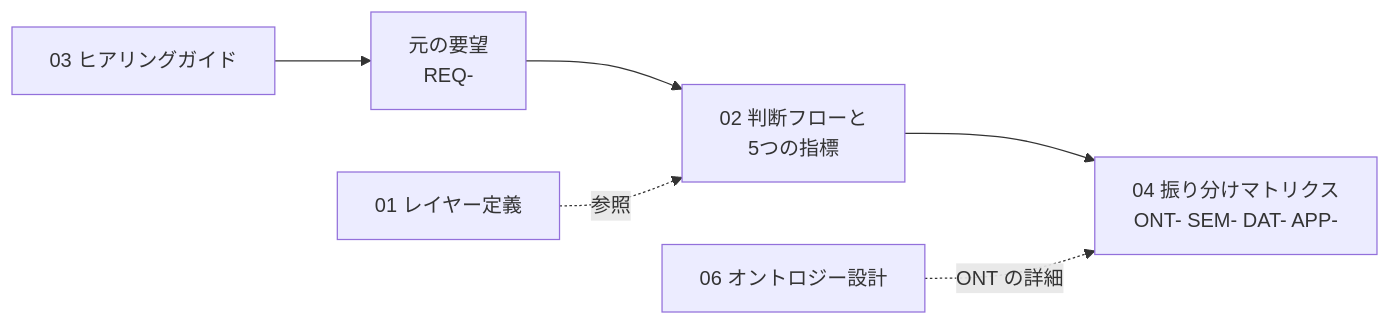
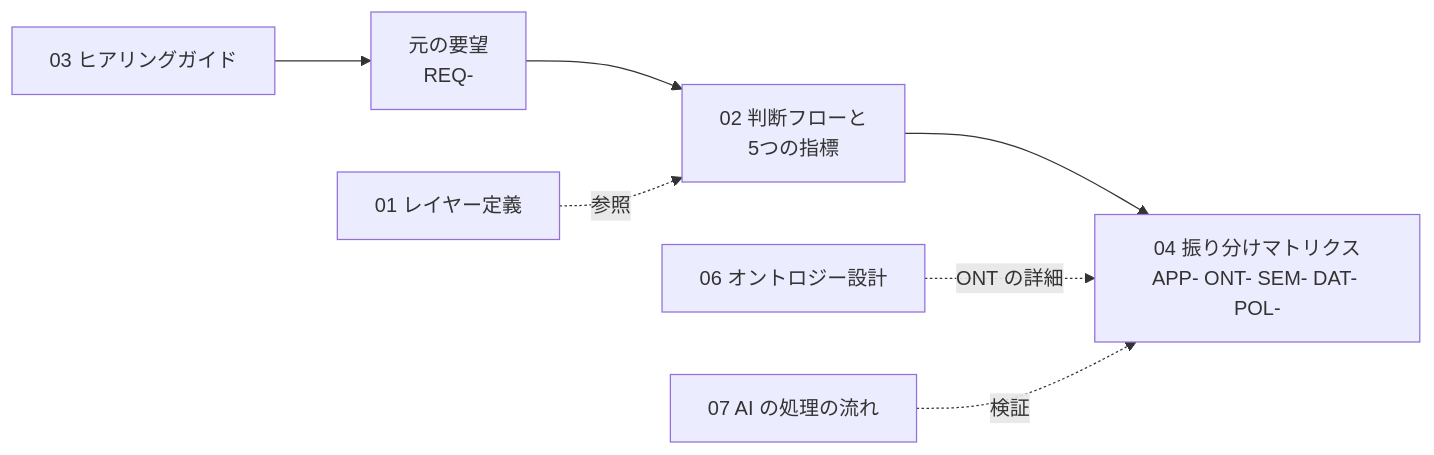
One commit to keito118/ai-ready-requirements changed the second of 2 diagrams in README.ja.md. Above: the diagram before and after it, drawn with Mermaid. The commit also changed other lines of this file and 16 other files, not shown here.

````diff
--- a/README.ja.md
+++ b/README.ja.md
@@ -13,8 +55,9 @@
 ```mermaid
 flowchart LR
   I[03 ヒアリングガイド] --> R[元の要望<br/>REQ-]
   R --> F[02 判断フローと<br/>5つの指標]
-  F --> M[04 振り分けマトリクス<br/>ONT- SEM- DAT- APP-]
+  F --> M[04 振り分けマトリクス<br/>APP- ONT- SEM- DAT- POL-]
   L[01 レイヤー定義] -. 参照 .-> F
   OD[06 オントロジー設計] -. ONT の詳細 .-> M
+  AF[07 AI の処理の流れ] -. 検証 .-> M
 ```
````
